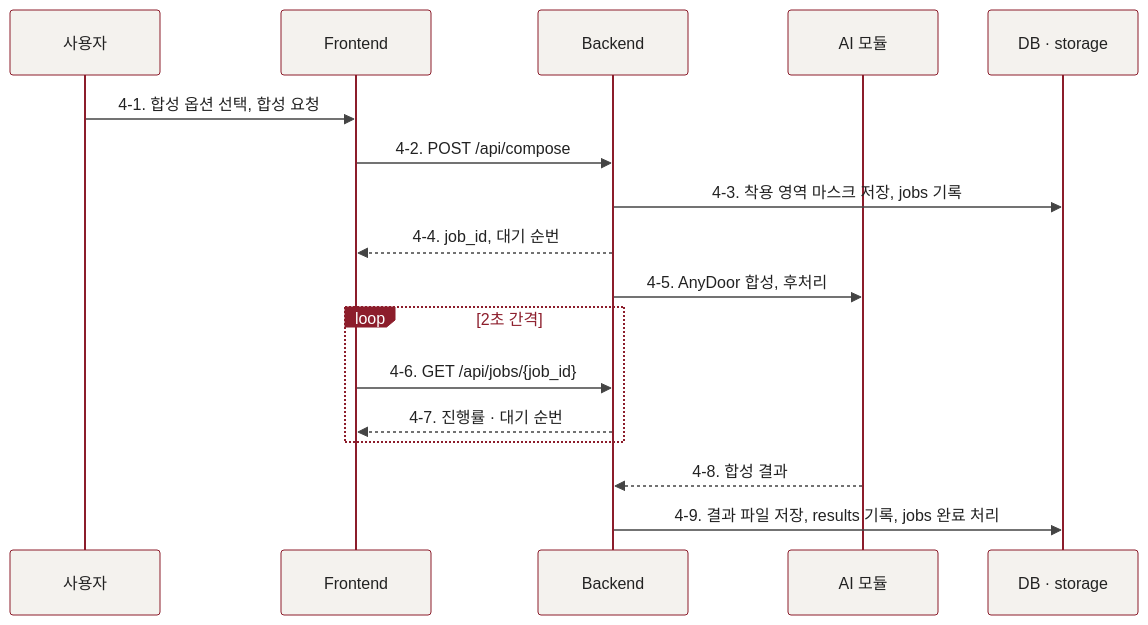
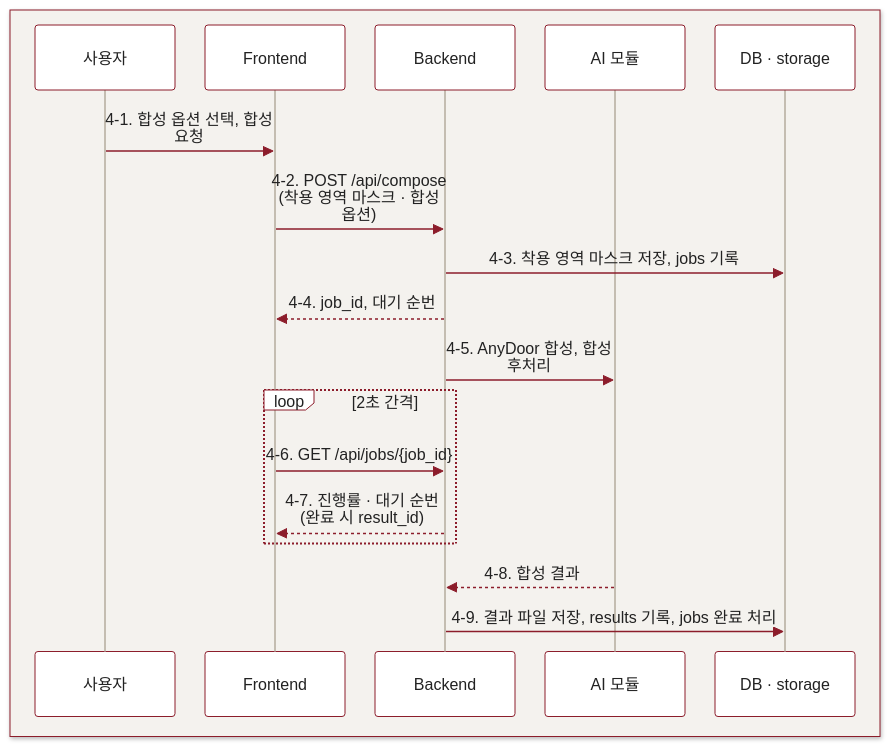
The seventh of 8 diagrams in README.md (Jenny5789/CGI_MOA), drawn with Mermaid before and after one commit. The commit also changed other lines of this file, not shown here.

````diff
--- a/README.md
+++ b/README.md
@@ -289,20 +304,22 @@
 ```mermaid
-%%{init: {'theme':'base','themeVariables':{'primaryColor':'#f4f2ee','primaryBorderColor':'#8c1d2b','primaryTextColor':'#222222','lineColor':'#444444','noteBkgColor':'#8c1d2b','noteTextColor':'#ffffff','noteBorderColor':'#8c1d2b','labelBoxBkgColor':'#8c1d2b','labelBoxBorderColor':'#8c1d2b','labelTextColor':'#ffffff','loopTextColor':'#8c1d2b','signalColor':'#444444','signalTextColor':'#222222'}}}%%
+%%{init: {'theme':'base','themeVariables':{'fontSize':'18px','primaryColor':'#ffffff','primaryBorderColor':'#8c1d2b','primaryTextColor':'#222222','textColor':'#222222','lineColor':'#8c1d2b','mainBkg':'#ffffff','nodeBorder':'#8c1d2b','secondaryColor':'#f4f2ee','tertiaryColor':'#f4f2ee','edgeLabelBackground':'#f4f2ee','actorBkg':'#ffffff','actorBorder':'#8c1d2b','actorTextColor':'#222222','actorLineColor':'#c4bdb1','signalColor':'#8c1d2b','signalTextColor':'#222222','labelBoxBkgColor':'#ffffff','labelBoxBorderColor':'#8c1d2b','labelTextColor':'#222222','loopTextColor':'#222222','noteBkgColor':'#ffffff','noteBorderColor':'#8c1d2b','noteTextColor':'#222222'},'sequence':{'actorMargin':30,'width':140,'wrap':true}}}%%
 sequenceDiagram
-    participant U as 사용자
-    participant F as Frontend
-    participant B as Backend
-    participant A as AI 모듈
-    participant S as DB · storage
+    box rgb(244,242,238)
+        participant U as 사용자
+        participant F as Frontend
+        participant B as Backend
+        participant A as AI 모듈
+        participant S as DB · storage
+    end
     U->>F: 4-1. 합성 옵션 선택, 합성 요청
-    F->>B: 4-2. POST /api/compose
+    F->>B: 4-2. POST /api/compose (착용 영역 마스크 · 합성 옵션)
     B->>S: 4-3. 착용 영역 마스크 저장, jobs 기록
     B-->>F: 4-4. job_id, 대기 순번
-    B->>A: 4-5. AnyDoor 합성, 후처리
+    B->>A: 4-5. AnyDoor 합성, 합성 후처리
     loop 2초 간격
         F->>B: 4-6. GET /api/jobs/{job_id}
-        B-->>F: 4-7. 진행률 · 대기 순번
+        B-->>F: 4-7. 진행률 · 대기 순번 (완료 시 result_id)
     end
     A-->>B: 4-8. 합성 결과
     B->>S: 4-9. 결과 파일 저장, results 기록, jobs 완료 처리
 ```
````
